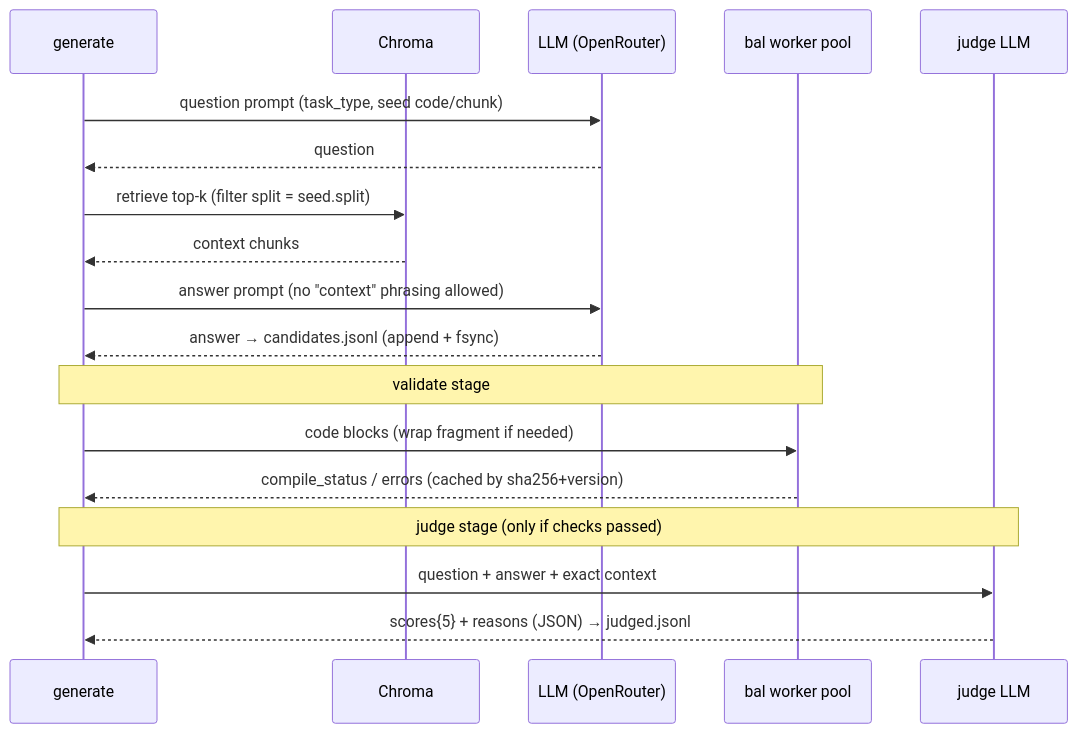
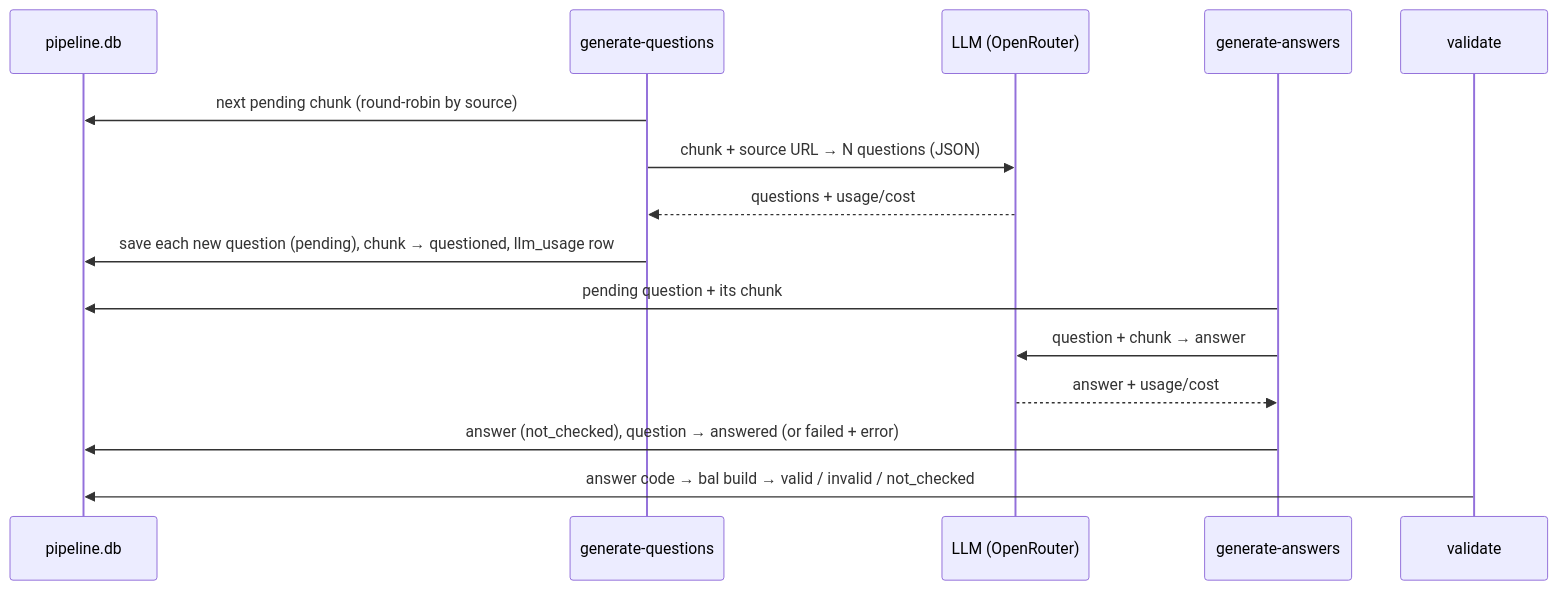
Before and after one commit to sajith-jeewantha/ballerina-sft-dataset-pipeline: the second of 3 diagrams in ARCHITECTURE.md, drawn with Mermaid. The commit also changed other lines of this file and 88 other files, not shown here.

````diff
--- a/ARCHITECTURE.md
+++ b/ARCHITECTURE.md
@@ -91,20 +90,18 @@
 ```mermaid
 sequenceDiagram
-    participant G as generate
-    participant V as Chroma
+    participant DB as pipeline.db
+    participant Q as generate-questions
     participant L as LLM (OpenRouter)
-    participant B as bal worker pool
-    participant J as judge LLM
-    G->>L: question prompt (task_type, seed code/chunk)
-    L-->>G: question
-    G->>V: retrieve top-k (filter split = seed.split)
-    V-->>G: context chunks
-    G->>L: answer prompt (no "context" phrasing allowed)
-    L-->>G: answer → candidates.jsonl (append + fsync)
-    Note over G,B: validate stage
-    G->>B: code blocks (wrap fragment if needed)
-    B-->>G: compile_status / errors (cached by sha256+version)
-    Note over G,J: judge stage (only if checks passed)
-    G->>J: question + answer + exact context
-    J-->>G: scores{5} + reasons (JSON) → judged.jsonl
+    participant A as generate-answers
+    participant V as validate
+
+    Q->>DB: next pending chunk (round-robin by source)
+    Q->>L: chunk + source URL → N questions (JSON)
+    L-->>Q: questions + usage/cost
+    Q->>DB: save each new question (pending), chunk → questioned, llm_usage row
+    A->>DB: pending question + its chunk
+    A->>L: question + chunk → answer
+    L-->>A: answer + usage/cost
+    A->>DB: answer (not_checked), question → answered (or failed + error)
+    V->>DB: answer code → bal build → valid / invalid / not_checked
 ```
````
